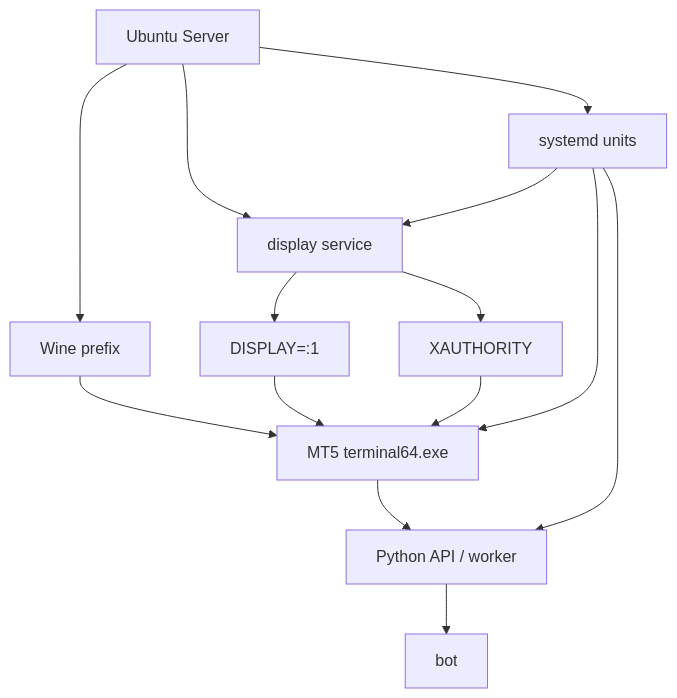
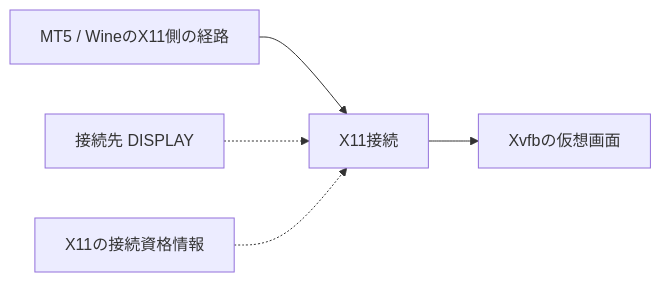
The diagram in articles/linux/mt5-ubuntu/03-ubuntu-server-headless-design.mdx (appar377/tech-note), drawn with Mermaid before and after one commit. The commit also changed other lines of this file and 190 other files, not shown here.

````diff
--- a/articles/linux/mt5-ubuntu/03-ubuntu-server-headless-design.mdx
+++ b/articles/linux/mt5-ubuntu/03-ubuntu-server-headless-design.mdx
@@ -117,16 +31,7 @@
 ```mermaid
-flowchart TD
-  A["Ubuntu Server"] --> B["display service"]
-  B --> C["DISPLAY=:1"]
-  B --> D["XAUTHORITY"]
-  A --> E["Wine prefix"]
-  E --> F["MT5 terminal64.exe"]
-  C --> F
-  D --> F
-  F --> G["Python API / worker"]
-  G --> H["bot"]
-  A --> I["systemd units"]
-  I --> B
-  I --> F
-  I --> G
+flowchart LR
+  A["MT5 / WineのX11側の経路"] --> B["X11接続"]
+  B --> C["Xvfbの仮想画面"]
+  D["接続先 DISPLAY"] -.-> B
+  E["X11の接続資格情報"] -.-> B
 ```
````
